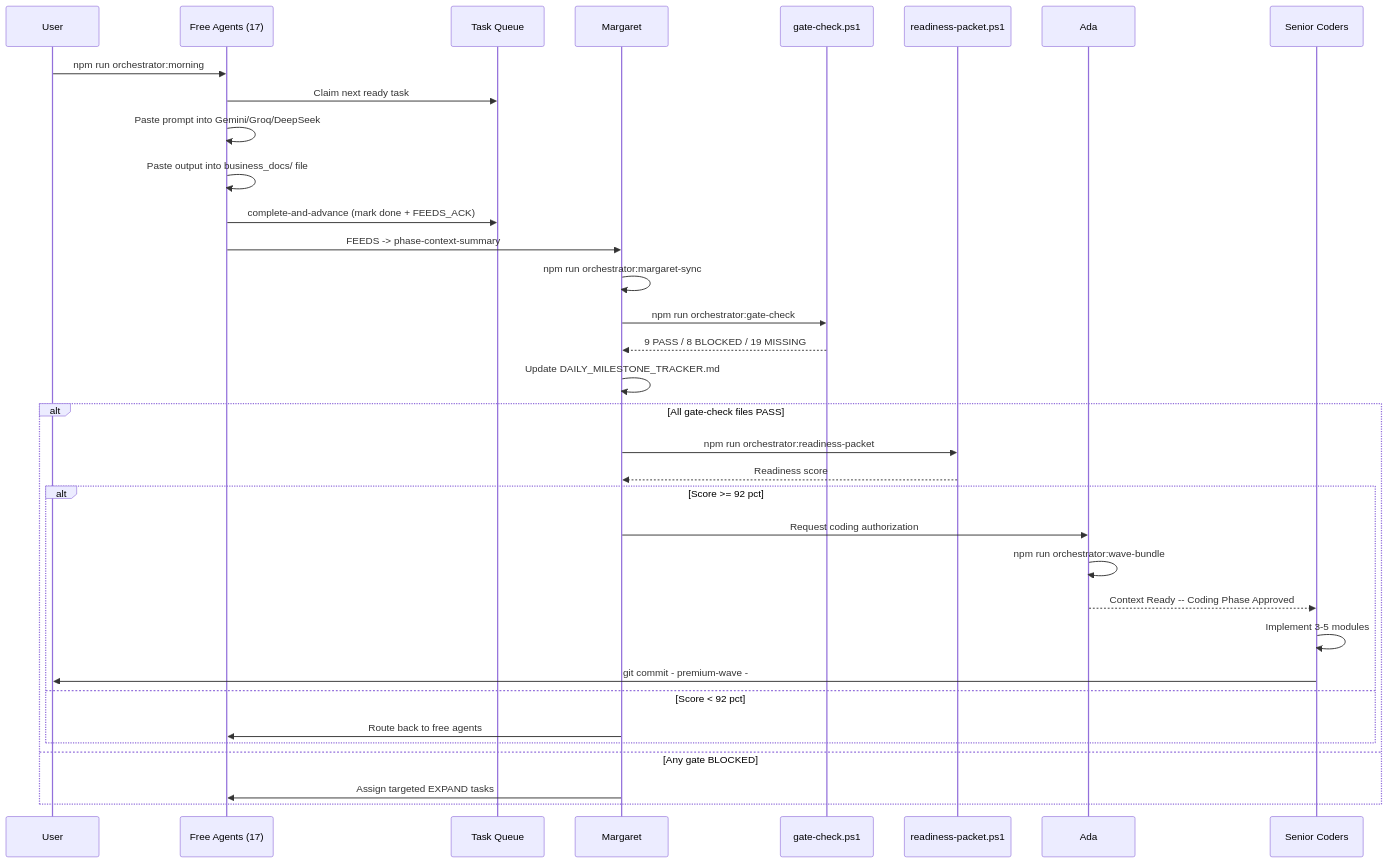
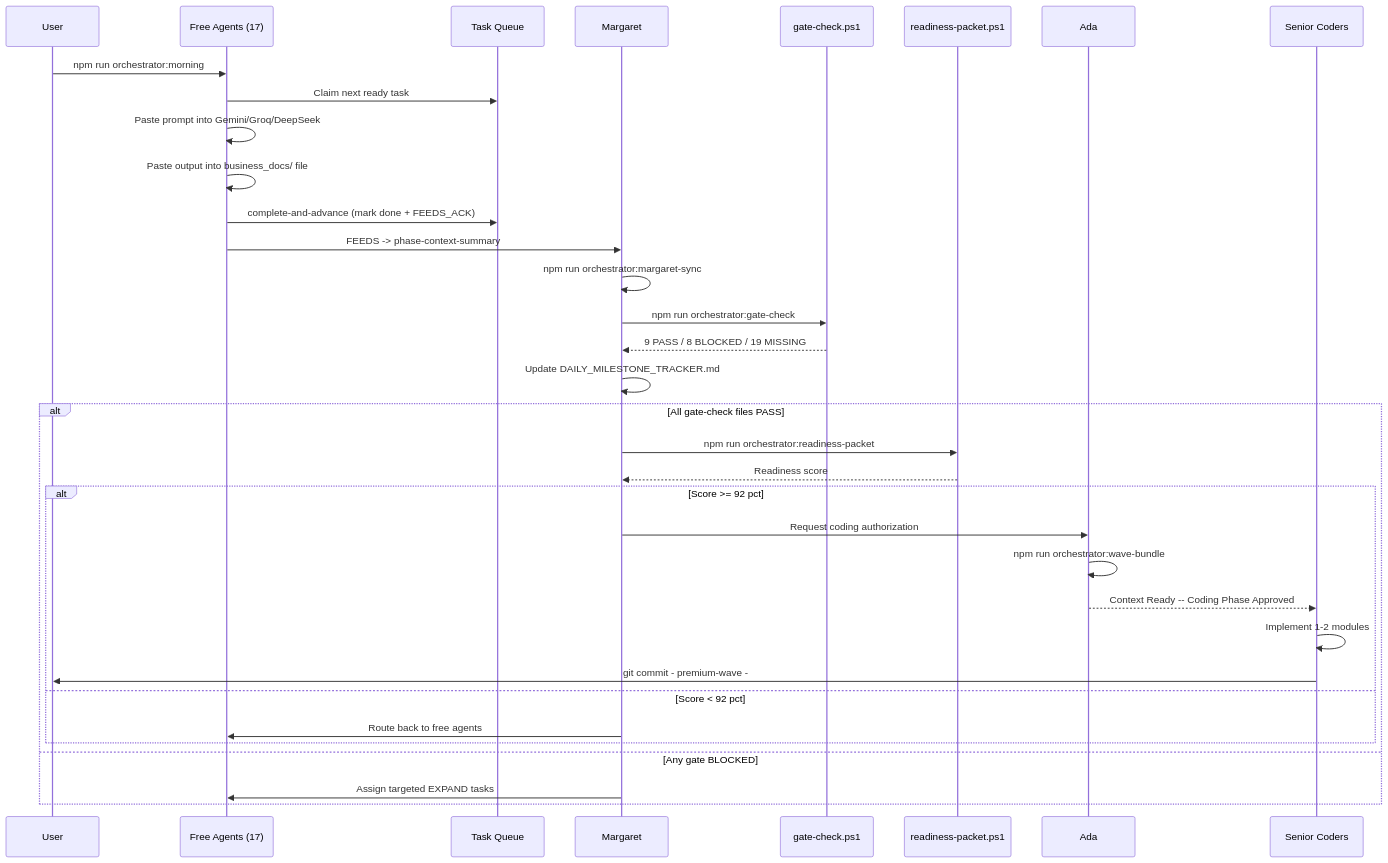
One commit to arslan9024/White-Caves changed the seventh of 7 diagrams in plans/waves/WAVE_01_FLOWCHARTS.md. Above: the diagram before and after it, drawn with Mermaid. The commit also changed 6 other files, not shown here.

````diff
--- a/plans/waves/WAVE_01_FLOWCHARTS.md
+++ b/plans/waves/WAVE_01_FLOWCHARTS.md
@@ -171,39 +171,39 @@
 ```mermaid
 sequenceDiagram
     participant UA as User
     participant FA as Free Agents (17)
     participant Q as Task Queue
     participant MG as Margaret
     participant GC as gate-check.ps1
     participant RP as readiness-packet.ps1
     participant ADA as Ada
     participant SC as Senior Coders
 
     UA->>FA: npm run orchestrator:morning
     FA->>Q: Claim next ready task
     FA->>FA: Paste prompt into Gemini/Groq/DeepSeek
     FA->>FA: Paste output into business_docs/ file
     FA->>Q: complete-and-advance (mark done + FEEDS_ACK)
     FA->>MG: FEEDS -> phase-context-summary
 
     MG->>MG: npm run orchestrator:margaret-sync
     MG->>GC: npm run orchestrator:gate-check
     GC-->>MG: 9 PASS / 8 BLOCKED / 19 MISSING
     MG->>MG: Update DAILY_MILESTONE_TRACKER.md
 
     alt All gate-check files PASS
         MG->>RP: npm run orchestrator:readiness-packet
         RP-->>MG: Readiness score
         alt Score >= 92 pct
             MG->>ADA: Request coding authorization
             ADA->>ADA: npm run orchestrator:wave-bundle
             ADA-->>SC: Context Ready -- Coding Phase Approved
-            SC->>SC: Implement 3-5 modules
+            SC->>SC: Implement 1-2 modules
             SC->>UA: git commit - premium-wave -
         else Score < 92 pct
             MG->>FA: Route back to free agents
         end
     else Any gate BLOCKED
         MG->>FA: Assign targeted EXPAND tasks
     end
 ```
````
